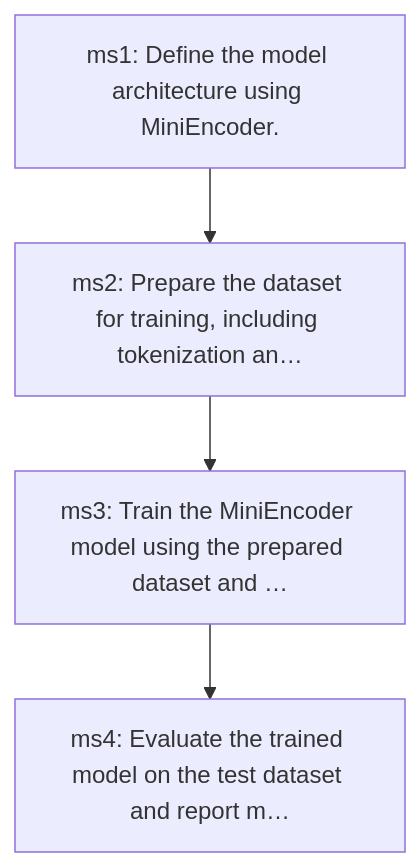
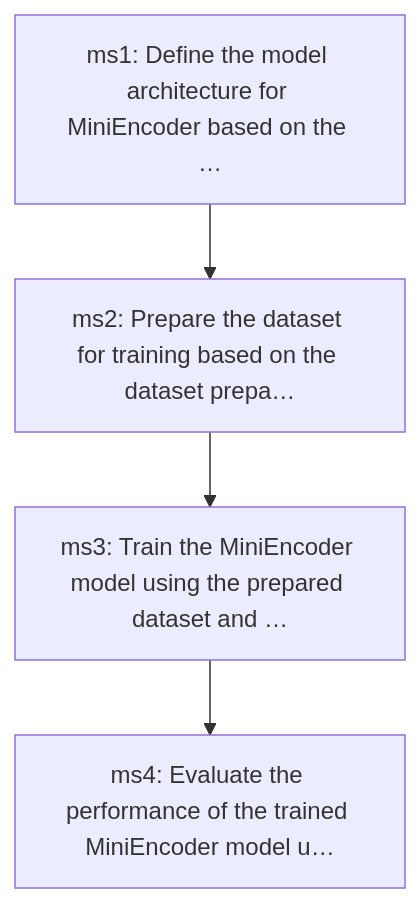
One commit to Yukieos/paper2code-plus changed the diagram in samples/transformer_encoder/precomputed/dag.mmd. Above: the diagram before and after it, drawn with Mermaid. The commit also changed 51 other files, not shown here.

```diff
--- a/samples/transformer_encoder/precomputed/dag.mmd
+++ b/samples/transformer_encoder/precomputed/dag.mmd
@@ -1,8 +1,8 @@
 flowchart TD
-  ms1["ms1: Define the model architecture using MiniEncoder."]
-  ms2["ms2: Prepare the dataset for training, including tokenization an…"]
+  ms1["ms1: Define the model architecture for MiniEncoder based on the …"]
+  ms2["ms2: Prepare the dataset for training based on the dataset prepa…"]
   ms3["ms3: Train the MiniEncoder model using the prepared dataset and …"]
-  ms4["ms4: Evaluate the trained model on the test dataset and report m…"]
+  ms4["ms4: Evaluate the performance of the trained MiniEncoder model u…"]
   ms1 --> ms2
   ms2 --> ms3
   ms3 --> ms4
```
